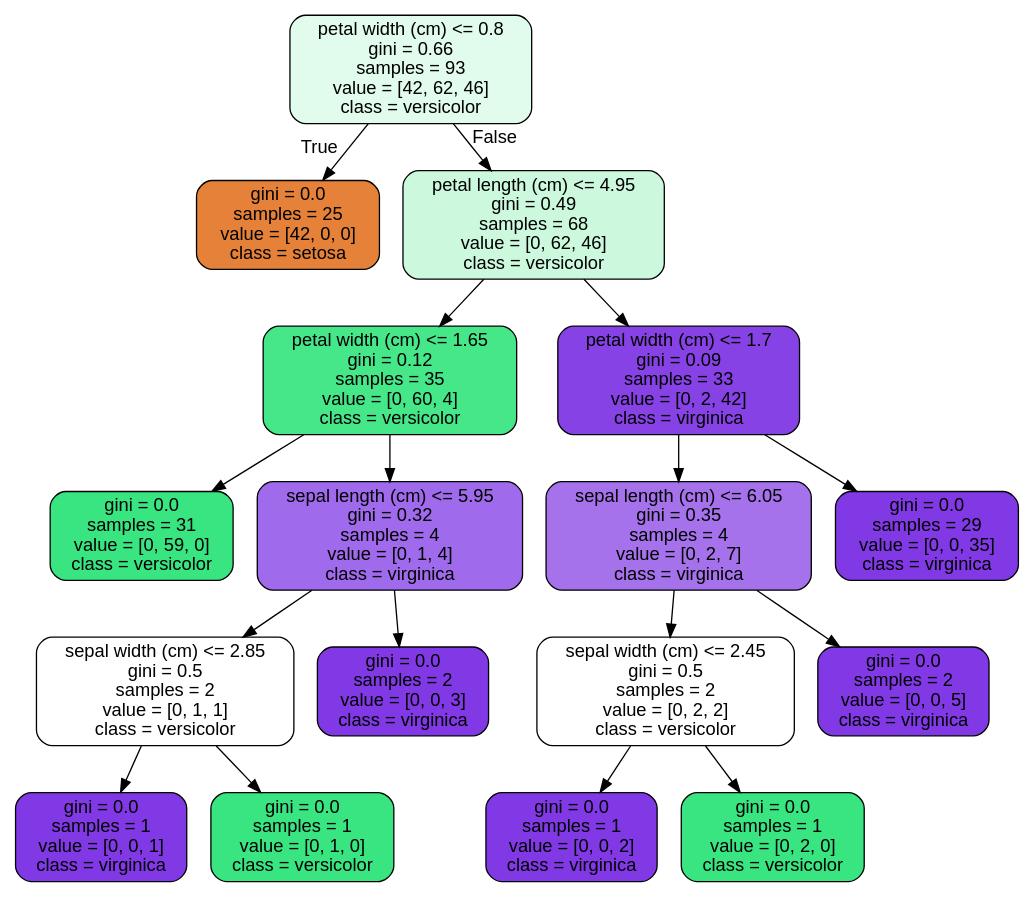
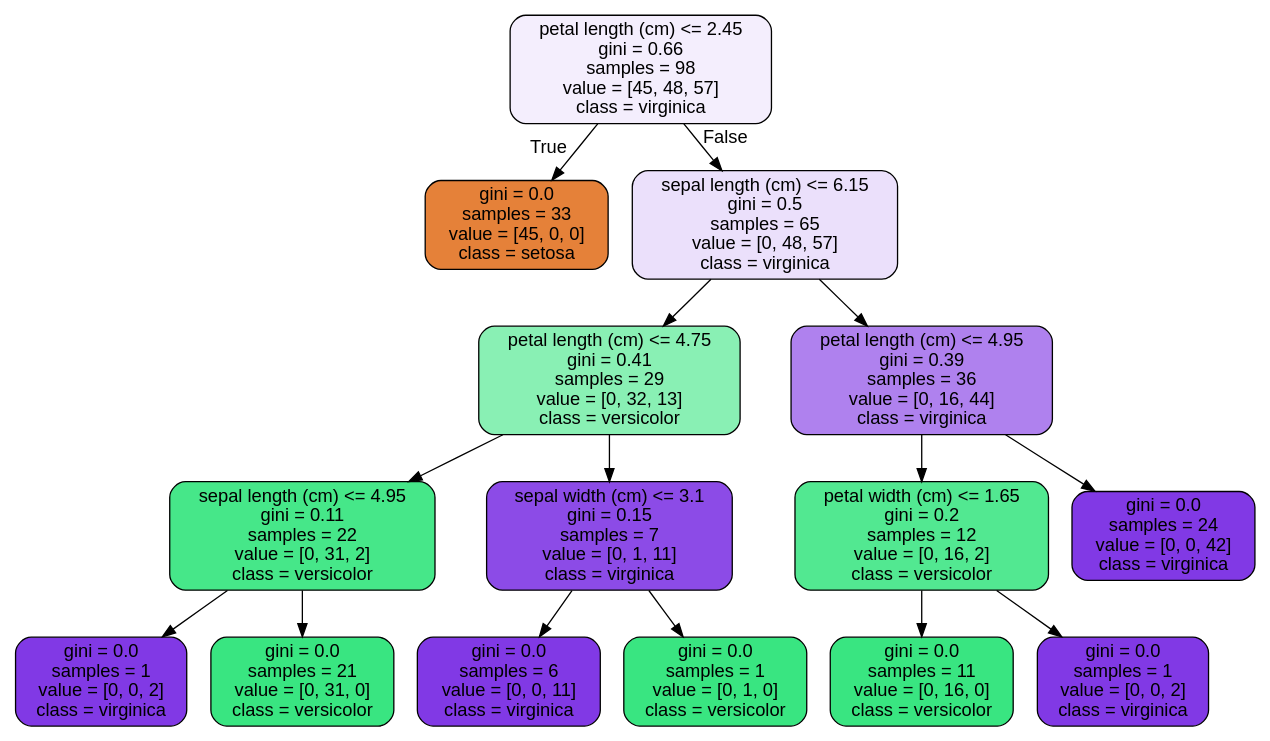
Before and after one commit to lilorent/Springboard: the diagram in mini-projects-case-studies/Random Forest Case Study/tree.dot, drawn with Graphviz. The commit also changed 3 other files, not shown here.

```diff
--- a/mini-projects-case-studies/Random Forest Case Study/tree.dot
+++ b/mini-projects-case-studies/Random Forest Case Study/tree.dot
@@ -1,37 +1,33 @@
 digraph Tree {
 node [shape=box, style="filled, rounded", color="black", fontname=helvetica] ;
 edge [fontname=helvetica] ;
-0 [label="petal width (cm) <= 0.8\ngini = 0.66\nsamples = 93\nvalue = [42, 62, 46]\nclass = versicolor", fillcolor="#e1fbec"] ;
-1 [label="gini = 0.0\nsamples = 25\nvalue = [42, 0, 0]\nclass = setosa", fillcolor="#e58139"] ;
+0 [label="petal length (cm) <= 2.45\ngini = 0.66\nsamples = 98\nvalue = [45, 48, 57]\nclass = virginica", fillcolor="#f4eefd"] ;
+1 [label="gini = 0.0\nsamples = 33\nvalue = [45, 0, 0]\nclass = setosa", fillcolor="#e58139"] ;
 0 -> 1 [labeldistance=2.5, labelangle=45, headlabel="True"] ;
-2 [label="petal length (cm) <= 4.95\ngini = 0.49\nsamples = 68\nvalue = [0, 62, 46]\nclass = versicolor", fillcolor="#ccf8de"] ;
+2 [label="sepal length (cm) <= 6.15\ngini = 0.5\nsamples = 65\nvalue = [0, 48, 57]\nclass = virginica", fillcolor="#ebe0fb"] ;
 0 -> 2 [labeldistance=2.5, labelangle=-45, headlabel="False"] ;
-3 [label="petal width (cm) <= 1.65\ngini = 0.12\nsamples = 35\nvalue = [0, 60, 4]\nclass = versicolor", fillcolor="#46e789"] ;
+3 [label="petal length (cm) <= 4.75\ngini = 0.41\nsamples = 29\nvalue = [0, 32, 13]\nclass = versicolor", fillcolor="#89f0b4"] ;
 2 -> 3 ;
-4 [label="gini = 0.0\nsamples = 31\nvalue = [0, 59, 0]\nclass = versicolor", fillcolor="#39e581"] ;
+4 [label="sepal length (cm) <= 4.95\ngini = 0.11\nsamples = 22\nvalue = [0, 31, 2]\nclass = versicolor", fillcolor="#46e789"] ;
 3 -> 4 ;
-5 [label="sepal length (cm) <= 5.95\ngini = 0.32\nsamples = 4\nvalue = [0, 1, 4]\nclass = virginica", fillcolor="#a06aec"] ;
-3 -> 5 ;
-6 [label="sepal width (cm) <= 2.85\ngini = 0.5\nsamples = 2\nvalue = [0, 1, 1]\nclass = versicolor", fillcolor="#ffffff"] ;
-5 -> 6 ;
-7 [label="gini = 0.0\nsamples = 1\nvalue = [0, 0, 1]\nclass = virginica", fillcolor="#8139e5"] ;
-6 -> 7 ;
-8 [label="gini = 0.0\nsamples = 1\nvalue = [0, 1, 0]\nclass = versicolor", fillcolor="#39e581"] ;
-6 -> 8 ;
-9 [label="gini = 0.0\nsamples = 2\nvalue = [0, 0, 3]\nclass = virginica", fillcolor="#8139e5"] ;
-5 -> 9 ;
-10 [label="petal width (cm) <= 1.7\ngini = 0.09\nsamples = 33\nvalue = [0, 2, 42]\nclass = virginica", fillcolor="#8742e6"] ;
+5 [label="gini = 0.0\nsamples = 1\nvalue = [0, 0, 2]\nclass = virginica", fillcolor="#8139e5"] ;
+4 -> 5 ;
+6 [label="gini = 0.0\nsamples = 21\nvalue = [0, 31, 0]\nclass = versicolor", fillcolor="#39e581"] ;
+4 -> 6 ;
+7 [label="sepal width (cm) <= 3.1\ngini = 0.15\nsamples = 7\nvalue = [0, 1, 11]\nclass = virginica", fillcolor="#8c4be7"] ;
+3 -> 7 ;
+8 [label="gini = 0.0\nsamples = 6\nvalue = [0, 0, 11]\nclass = virginica", fillcolor="#8139e5"] ;
+7 -> 8 ;
+9 [label="gini = 0.0\nsamples = 1\nvalue = [0, 1, 0]\nclass = versicolor", fillcolor="#39e581"] ;
+7 -> 9 ;
+10 [label="petal length (cm) <= 4.95\ngini = 0.39\nsamples = 36\nvalue = [0, 16, 44]\nclass = virginica", fillcolor="#af81ee"] ;
 2 -> 10 ;
-11 [label="sepal length (cm) <= 6.05\ngini = 0.35\nsamples = 4\nvalue = [0, 2, 7]\nclass = virginica", fillcolor="#a572ec"] ;
+11 [label="petal width (cm) <= 1.65\ngini = 0.2\nsamples = 12\nvalue = [0, 16, 2]\nclass = versicolor", fillcolor="#52e891"] ;
 10 -> 11 ;
-12 [label="sepal width (cm) <= 2.45\ngini = 0.5\nsamples = 2\nvalue = [0, 2, 2]\nclass = versicolor", fillcolor="#ffffff"] ;
+12 [label="gini = 0.0\nsamples = 11\nvalue = [0, 16, 0]\nclass = versicolor", fillcolor="#39e581"] ;
 11 -> 12 ;
 13 [label="gini = 0.0\nsamples = 1\nvalue = [0, 0, 2]\nclass = virginica", fillcolor="#8139e5"] ;
-12 -> 13 ;
-14 [label="gini = 0.0\nsamples = 1\nvalue = [0, 2, 0]\nclass = versicolor", fillcolor="#39e581"] ;
-12 -> 14 ;
-15 [label="gini = 0.0\nsamples = 2\nvalue = [0, 0, 5]\nclass = virginica", fillcolor="#8139e5"] ;
-11 -> 15 ;
-16 [label="gini = 0.0\nsamples = 29\nvalue = [0, 0, 35]\nclass = virginica", fillcolor="#8139e5"] ;
-10 -> 16 ;
+11 -> 13 ;
+14 [label="gini = 0.0\nsamples = 24\nvalue = [0, 0, 42]\nclass = virginica", fillcolor="#8139e5"] ;
+10 -> 14 ;
 }
```
